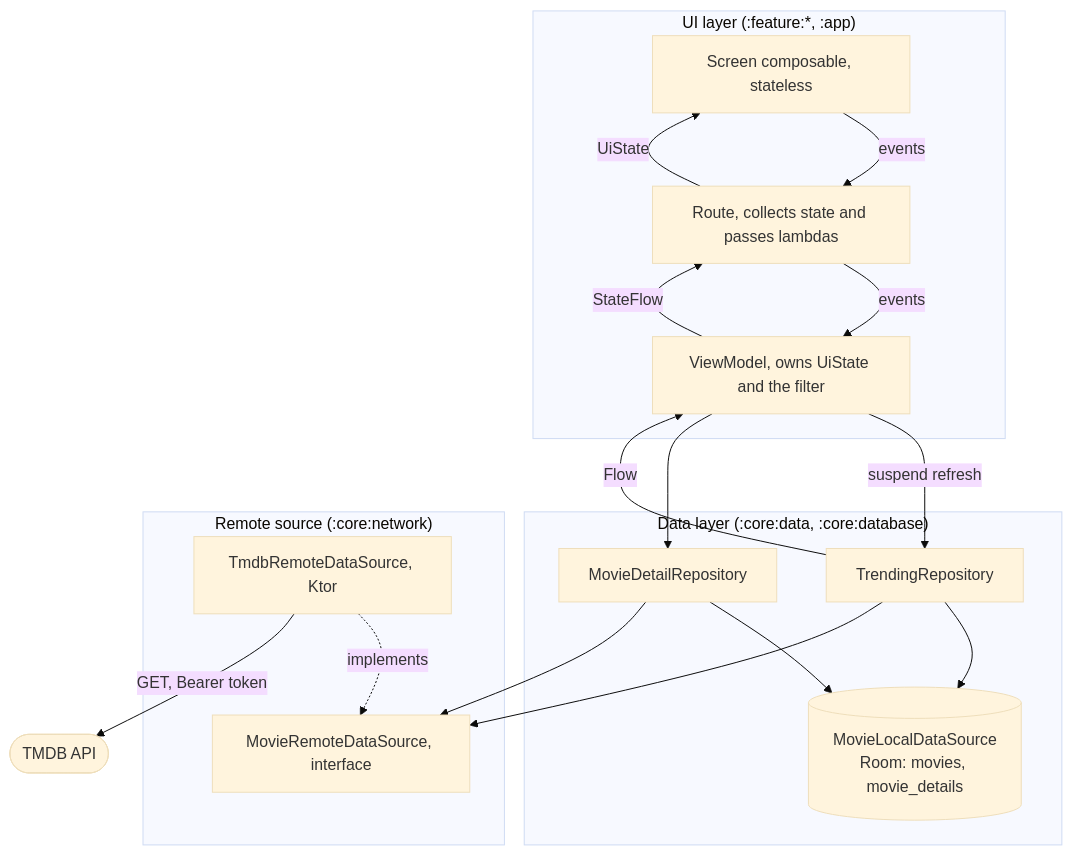
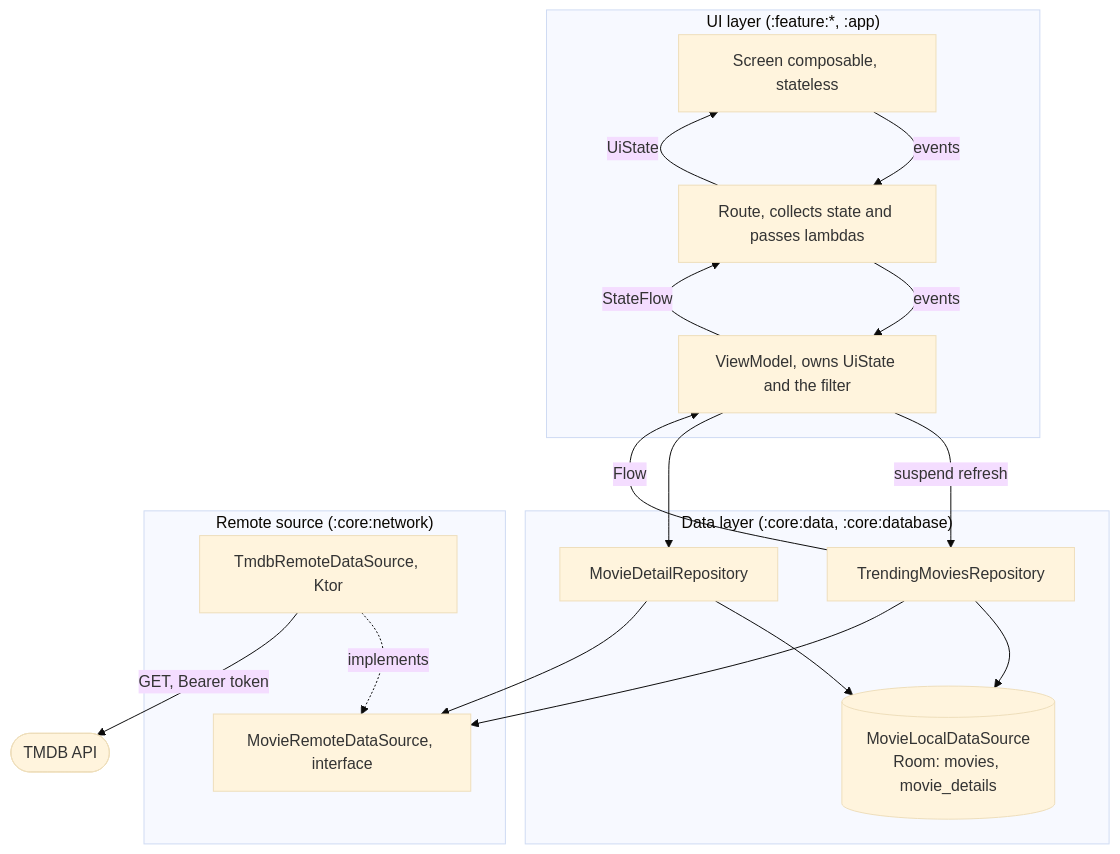
The second of 3 diagrams in docs/architecture.md (shayanhimself/AMRO), drawn with Mermaid (base theme) before and after one commit. The commit also changed other lines of this file and 31 other files, not shown here.

````diff
--- a/docs/architecture.md
+++ b/docs/architecture.md
@@ -85,37 +85,37 @@
 ```mermaid
 graph TD
     subgraph UILAYER["UI layer (:feature:*, :app)"]
         Screen["Screen composable, stateless"]
         Route["Route, collects state and passes lambdas"]
         VM["ViewModel, owns UiState and the filter"]
     end
 
     subgraph DATALAYER["Data layer (:core:data, :core:database)"]
-        TrendingRepo["TrendingRepository"]
+        TrendingRepo["TrendingMoviesRepository"]
         DetailRepo["MovieDetailRepository"]
         Room[("MovieLocalDataSource<br/>Room: movies, movie_details")]
     end
 
     subgraph SOURCE["Remote source (:core:network)"]
         Contract["MovieRemoteDataSource, interface"]
         Tmdb["TmdbRemoteDataSource, Ktor"]
     end
 
     API(["TMDB API"])
 
     Screen -->|events| Route
     Route -->|events| VM
     Route -->|UiState| Screen
     VM -->|StateFlow| Route
 
     VM -->|"suspend refresh"| TrendingRepo
     TrendingRepo -->|Flow| VM
     VM --> DetailRepo
 
     TrendingRepo --> Room
     TrendingRepo --> Contract
     DetailRepo --> Room
     DetailRepo --> Contract
     Tmdb -.->|implements| Contract
     Tmdb -->|"GET, Bearer token"| API
 ```
````
